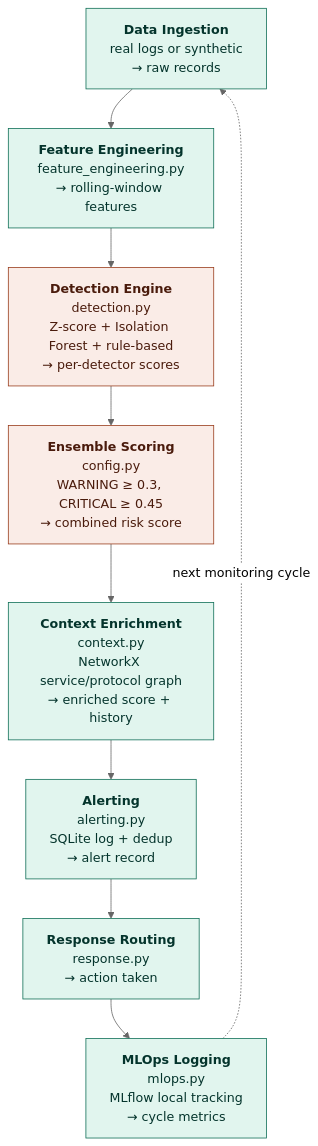
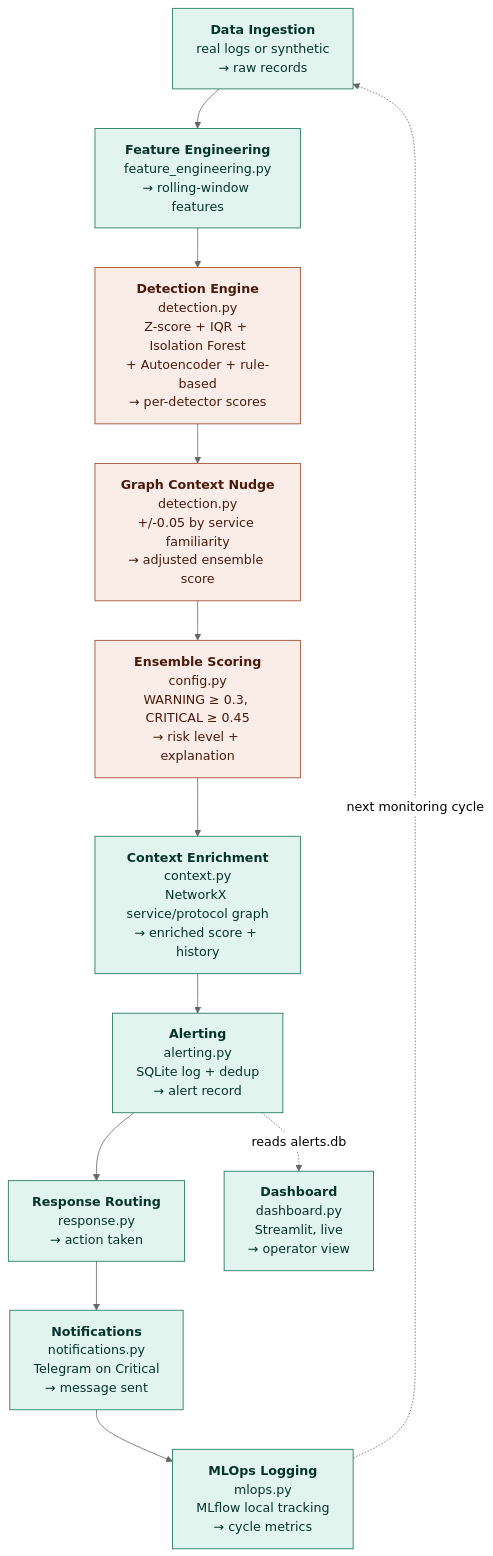
The first of 2 diagrams in README.md (M-Abdul1ah/anomaly-detection-pipeline), drawn with Mermaid (neutral theme) before and after one commit. The commit also changed other lines of this file, not shown here.

Commit message:
Update README: reflect IQR, autoencoder, graph-context nudge, Telegram, dashboard, CI

````diff
--- a/README.md
+++ b/README.md
@@ -22,19 +30,23 @@
 ```mermaid
 flowchart TD
     A["<b>Data Ingestion</b><br/>real logs or synthetic<br/>→ raw records"]
     B["<b>Feature Engineering</b><br/>feature_engineering.py<br/>→ rolling-window features"]
-    C["<b>Detection Engine</b><br/>detection.py<br/>Z-score + Isolation Forest + rule-based<br/>→ per-detector scores"]
-    D["<b>Ensemble Scoring</b><br/>config.py<br/>WARNING ≥ 0.3, CRITICAL ≥ 0.45<br/>→ combined risk score"]
-    E["<b>Context Enrichment</b><br/>context.py<br/>NetworkX service/protocol graph<br/>→ enriched score + history"]
-    F["<b>Alerting</b><br/>alerting.py<br/>SQLite log + dedup<br/>→ alert record"]
-    G["<b>Response Routing</b><br/>response.py<br/>→ action taken"]
-    H["<b>MLOps Logging</b><br/>mlops.py<br/>MLflow local tracking<br/>→ cycle metrics"]
+    C["<b>Detection Engine</b><br/>detection.py<br/>Z-score + IQR + Isolation Forest<br/>+ Autoencoder + rule-based<br/>→ per-detector scores"]
+    D["<b>Graph Context Nudge</b><br/>detection.py<br/>+/-0.05 by service familiarity<br/>→ adjusted ensemble score"]
+    E["<b>Ensemble Scoring</b><br/>config.py<br/>WARNING ≥ 0.3, CRITICAL ≥ 0.45<br/>→ risk level + explanation"]
+    F["<b>Context Enrichment</b><br/>context.py<br/>NetworkX service/protocol graph<br/>→ enriched score + history"]
+    G["<b>Alerting</b><br/>alerting.py<br/>SQLite log + dedup<br/>→ alert record"]
+    H["<b>Response Routing</b><br/>response.py<br/>→ action taken"]
+    I["<b>Notifications</b><br/>notifications.py<br/>Telegram on Critical<br/>→ message sent"]
+    J["<b>MLOps Logging</b><br/>mlops.py<br/>MLflow local tracking<br/>→ cycle metrics"]
+    K["<b>Dashboard</b><br/>dashboard.py<br/>Streamlit, live<br/>→ operator view"]
 
-    A --> B --> C --> D --> E --> F --> G --> H
-    H -.->|next monitoring cycle| A
+    A --> B --> C --> D --> E --> F --> G --> H --> I --> J
+    G -.->|reads alerts.db| K
+    J -.->|next monitoring cycle| A
 
     classDef infra fill:#E1F5EE,stroke:#0F6E56,color:#04342C;
     classDef ml fill:#FAECE7,stroke:#993C1D,color:#4A1B0C;
-    class A,B,E,F,G,H infra;
-    class C,D ml;
+    class A,B,F,G,H,I,J,K infra;
+    class C,D,E ml;
 ```
````
